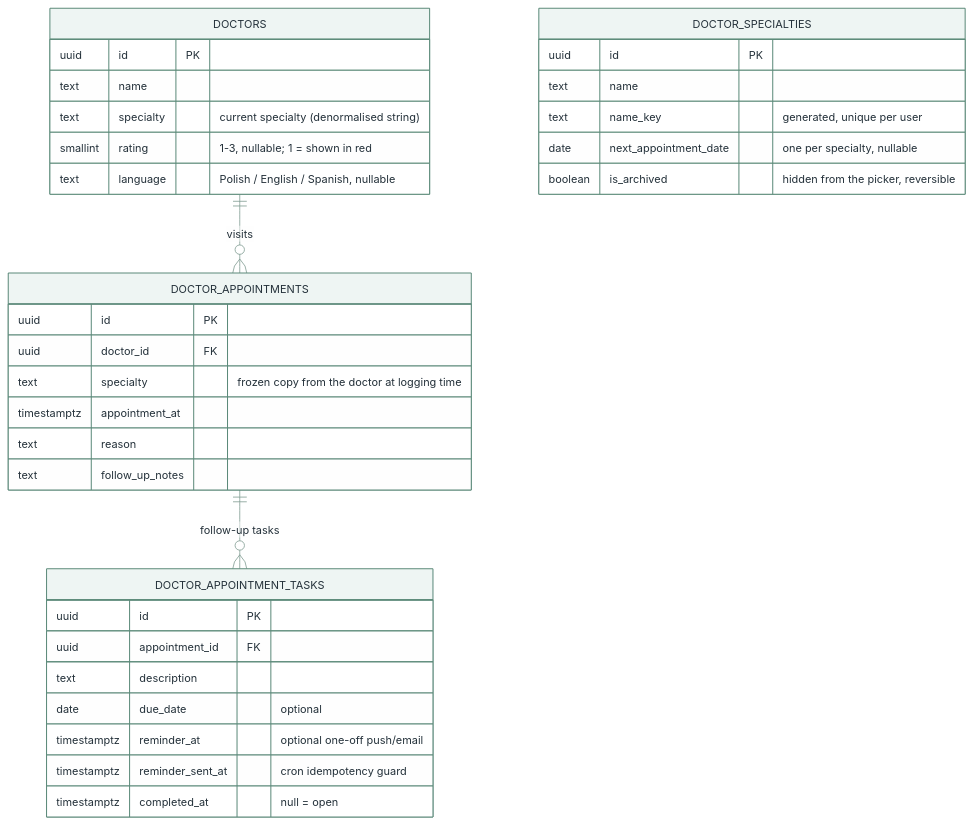
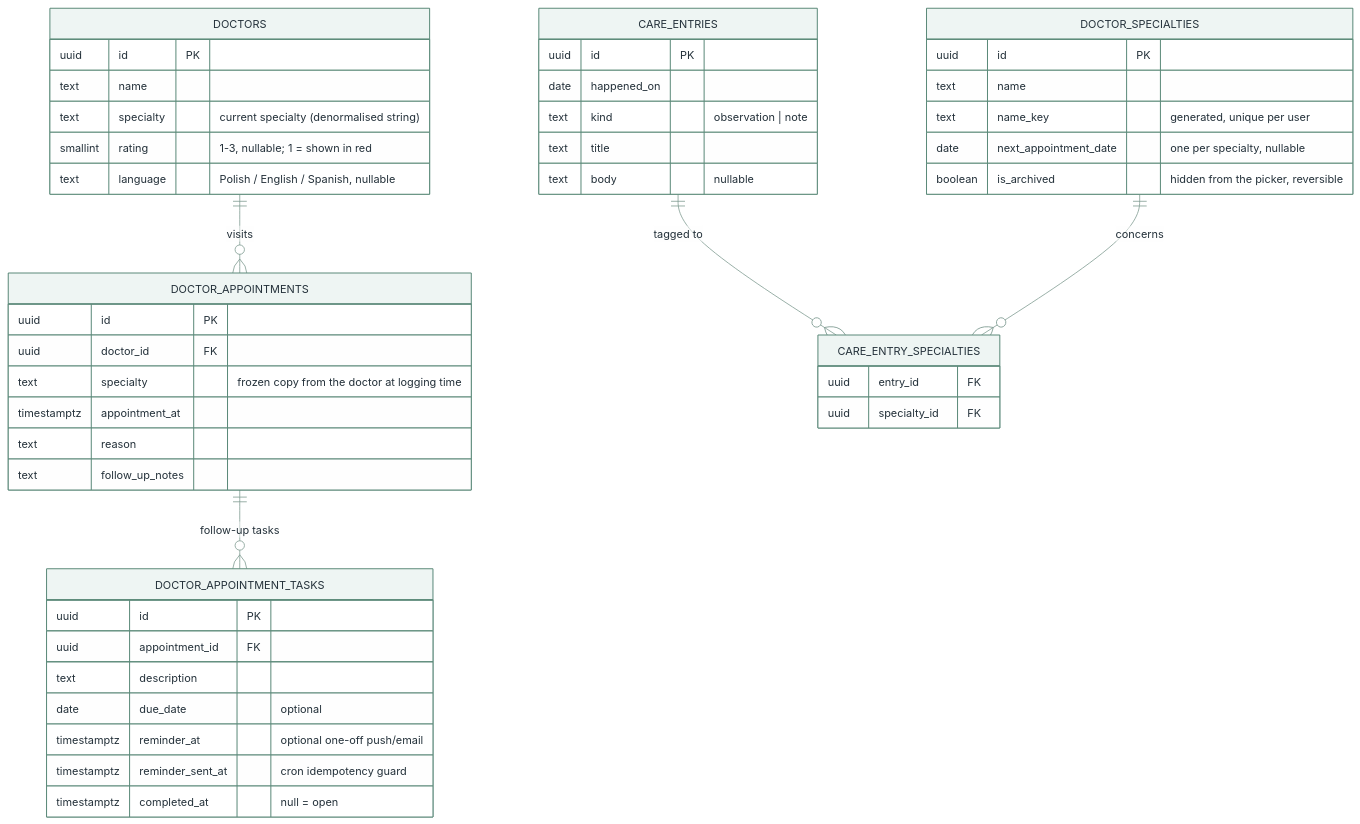
The fifth of 6 diagrams in docs/data-model.md (xxvazquez/health-management), drawn with Mermaid before and after one commit. The commit also changed other lines of this file and 1 other file, not shown here.

Commit message:
Docs: Care Log tab in README + data-model
Documentation for the Care Log feature that landed in the previous commit — the Doctors page's Log tab and its two new tables. README pages table + the direct-to-Supabase Doctors notes; data-model ER diagram + prose.

````diff
--- a/docs/data-model.md
+++ b/docs/data-model.md
@@ -250,42 +250,55 @@
 ```mermaid
 %%{init: {"theme": "base", "themeVariables": {
   "primaryColor": "#eef5f3", "primaryBorderColor": "#5c8a7a",
   "primaryTextColor": "#24313a", "lineColor": "#7d9a90",
   "fontFamily": "Inter, -apple-system, sans-serif", "fontSize": "14px"
 }}}%%
 erDiagram
     DOCTORS ||--o{ DOCTOR_APPOINTMENTS : "visits"
     DOCTOR_APPOINTMENTS ||--o{ DOCTOR_APPOINTMENT_TASKS : "follow-up tasks"
+    CARE_ENTRIES ||--o{ CARE_ENTRY_SPECIALTIES : "tagged to"
+    DOCTOR_SPECIALTIES ||--o{ CARE_ENTRY_SPECIALTIES : "concerns"
 
     DOCTOR_SPECIALTIES {
         uuid id PK
         text name
         text name_key "generated, unique per user"
         date next_appointment_date "one per specialty, nullable"
         boolean is_archived "hidden from the picker, reversible"
+    }
+    CARE_ENTRIES {
+        uuid id PK
+        date happened_on
+        text kind "observation | note"
+        text title
+        text body "nullable"
+    }
+    CARE_ENTRY_SPECIALTIES {
+        uuid entry_id FK
+        uuid specialty_id FK
     }
     DOCTORS {
         uuid id PK
         text name
         text specialty "current specialty (denormalised string)"
         smallint rating "1-3, nullable; 1 = shown in red"
         text language "Polish / English / Spanish, nullable"
     }
     DOCTOR_APPOINTMENTS {
         uuid id PK
         uuid doctor_id FK
         text specialty "frozen copy from the doctor at logging time"
         timestamptz appointment_at
         text reason
         text follow_up_notes
     }
     DOCTOR_APPOINTMENT_TASKS {
         uuid id PK
         uuid appointment_id FK
         text description
         date due_date "optional"
         timestamptz reminder_at "optional one-off push/email"
         timestamptz reminder_sent_at "cron idempotency guard"
         timestamptz completed_at "null = open"
     }
 ```
````
